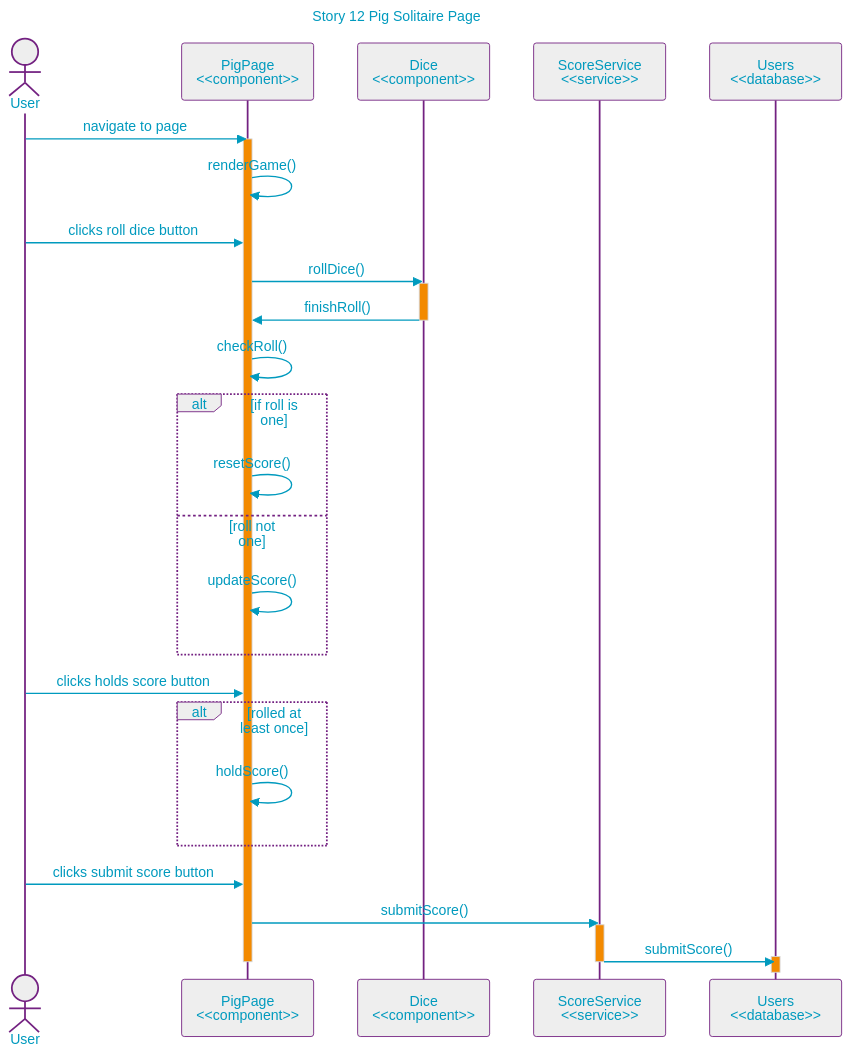
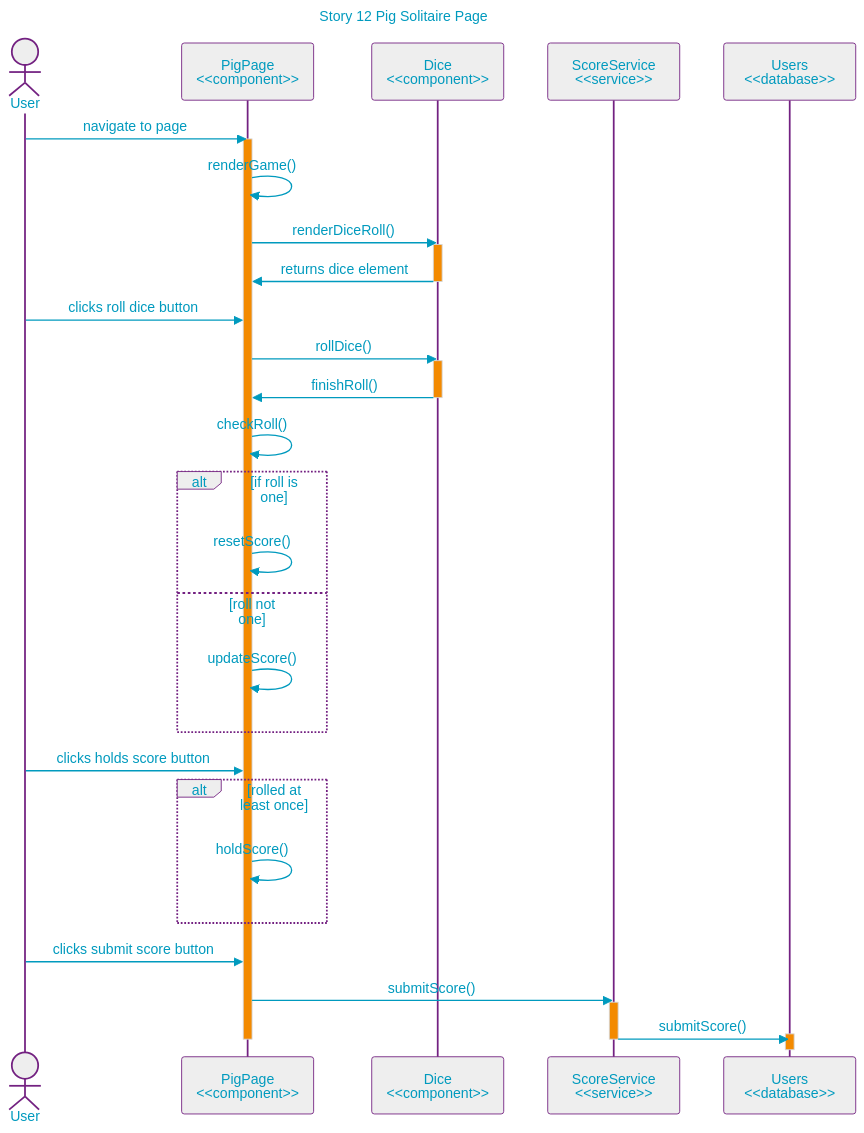
The diagram in uml/seq-story12-pig-page.md (null-0ne/COSA-195-Gamehub), drawn with Mermaid before and after one commit. The commit also changed 4 other files, not shown here.

Commit message:
Added some records of pig solitaire to db, added table to leaderboard for pig solitaire, updates story12 seq diagram

````diff
--- a/uml/seq-story12-pig-page.md
+++ b/uml/seq-story12-pig-page.md
@@ -3,51 +3,55 @@
 ```mermaid
 %%{init:{"securityLevel":"loose","layout":"elk","elk":{"nodePlacementStrategy":"NETWORK_SIMPLEX"},"theme":"base",
 "themeVariables":{"primaryColor":"#EEE","primaryTextColor":"#009ABE","primaryBorderColor":"#732181","lineColor":"#009ABE","noteBorderColor":"#732181","noteBkgColor":"#F38A00","activationBkgColor":"#F38A00"    }
 }}%%
 %%----------------------- MERMAID MARKUP BELOW --------------------%%
 
 
 sequenceDiagram
 title: Story 12 Pig Solitaire Page
 
     actor u as User
     participant pig as PigPage<br><<component>>
     participant dice as Dice<br><<component>>
     participant ss as ScoreService<br><<service>>
     participant js as Users<br><<database>>
 
     u->>pig: navigate to page
     activate pig
 
     pig->>pig: renderGame()
+    pig->>dice: renderDiceRoll()
+    activate dice
+    dice->>pig: returns dice element
+    deactivate dice
     u->>pig: clicks roll dice button
 
     pig->>dice: rollDice()
     activate dice
     dice->>pig: finishRoll()
     deactivate dice
     pig->>pig: checkRoll()
 
     alt if roll is one
         pig->>pig: resetScore()
 
     else roll not one
         pig->>pig: updateScore()
     end
 
     u->>pig: clicks holds score button
     alt rolled at least once
         pig->>pig: holdScore()
     end
 
     u->>pig: clicks submit score button
     pig->>ss: submitScore()
     activate ss
     ss->>js: submitScore()
     activate js
     deactivate js
     deactivate ss
     deactivate pig
 
 %%----------------------- MERMAID MARKUP ABOVE --------------------%%
 ```
````
